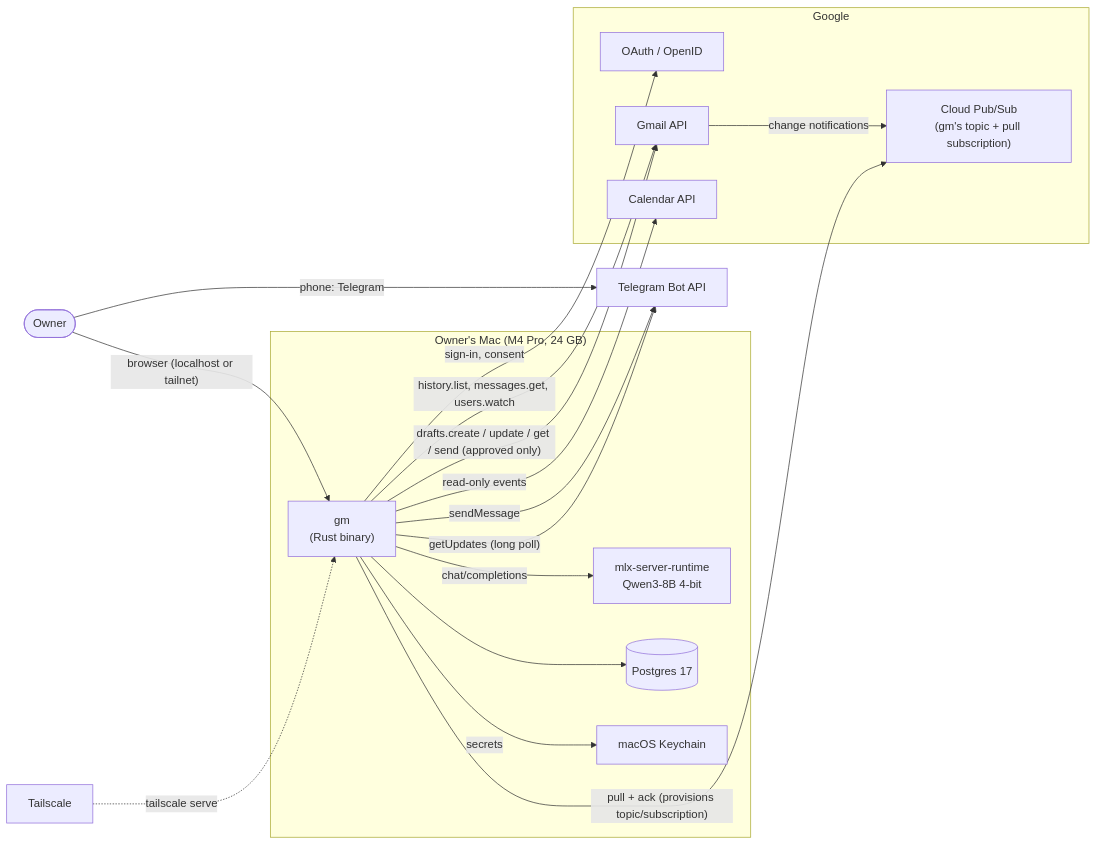
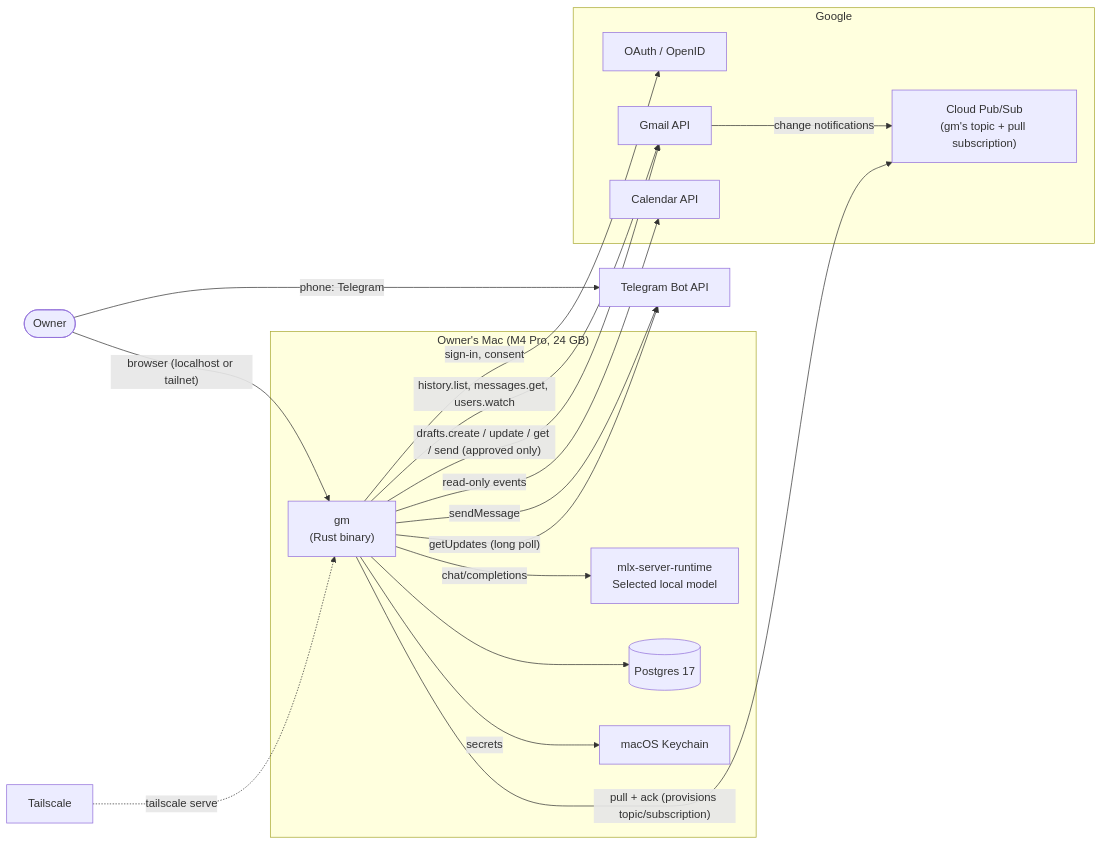
One commit to huydt84/google-management changed the first of 12 diagrams in docs/architecture.md. Above: the diagram before and after it, drawn with Mermaid. The commit also changed other lines of this file and 30 other files, not shown here.

First line of the commit message:
feat(llm): add Bonsai inference and per-model task budgets

````diff
--- a/docs/architecture.md
+++ b/docs/architecture.md
@@ -37,33 +37,33 @@
 ```mermaid
 flowchart LR
     owner(["Owner"])
     subgraph mac["Owner's Mac (M4 Pro, 24 GB)"]
         gm["gm<br/>(Rust binary)"]
-        llm["mlx-server-runtime<br/>Qwen3-8B 4-bit"]
+        llm["mlx-server-runtime<br/>Selected local model"]
         pg[("Postgres 17")]
         kc["macOS Keychain"]
     end
     subgraph google["Google"]
         oauth["OAuth / OpenID"]
         gmail["Gmail API"]
         pubsub["Cloud Pub/Sub<br/>(gm's topic + pull subscription)"]
         cal["Calendar API"]
     end
     tg["Telegram Bot API"]
     ts["Tailscale"]
 
     owner -- "browser (localhost or tailnet)" --> gm
     owner -- "phone: Telegram" --> tg
     ts -. "tailscale serve" .-> gm
     gm -- "sign-in, consent" --> oauth
     gm -- "history.list, messages.get, users.watch" --> gmail
     gmail -- "change notifications" --> pubsub
     gm -- "pull + ack (provisions topic/subscription)" --> pubsub
     gm -- "chat/completions" --> llm
     gm --> pg
     gm -- "secrets" --> kc
     gm -- "sendMessage" --> tg
     gm -- "getUpdates (long poll)" --> tg
     gm -- "drafts.create / update / get / send (approved only)" --> gmail
     gm -->|"read-only events"| cal
 ```
````
